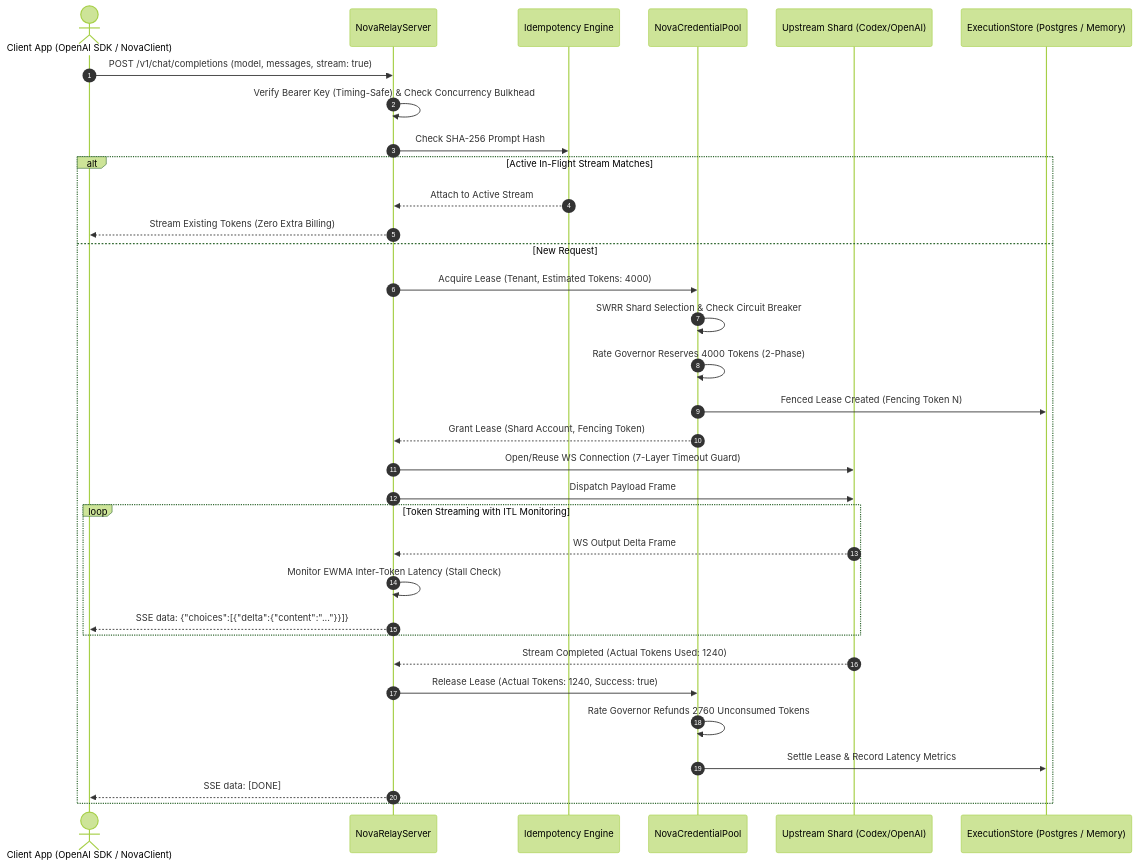
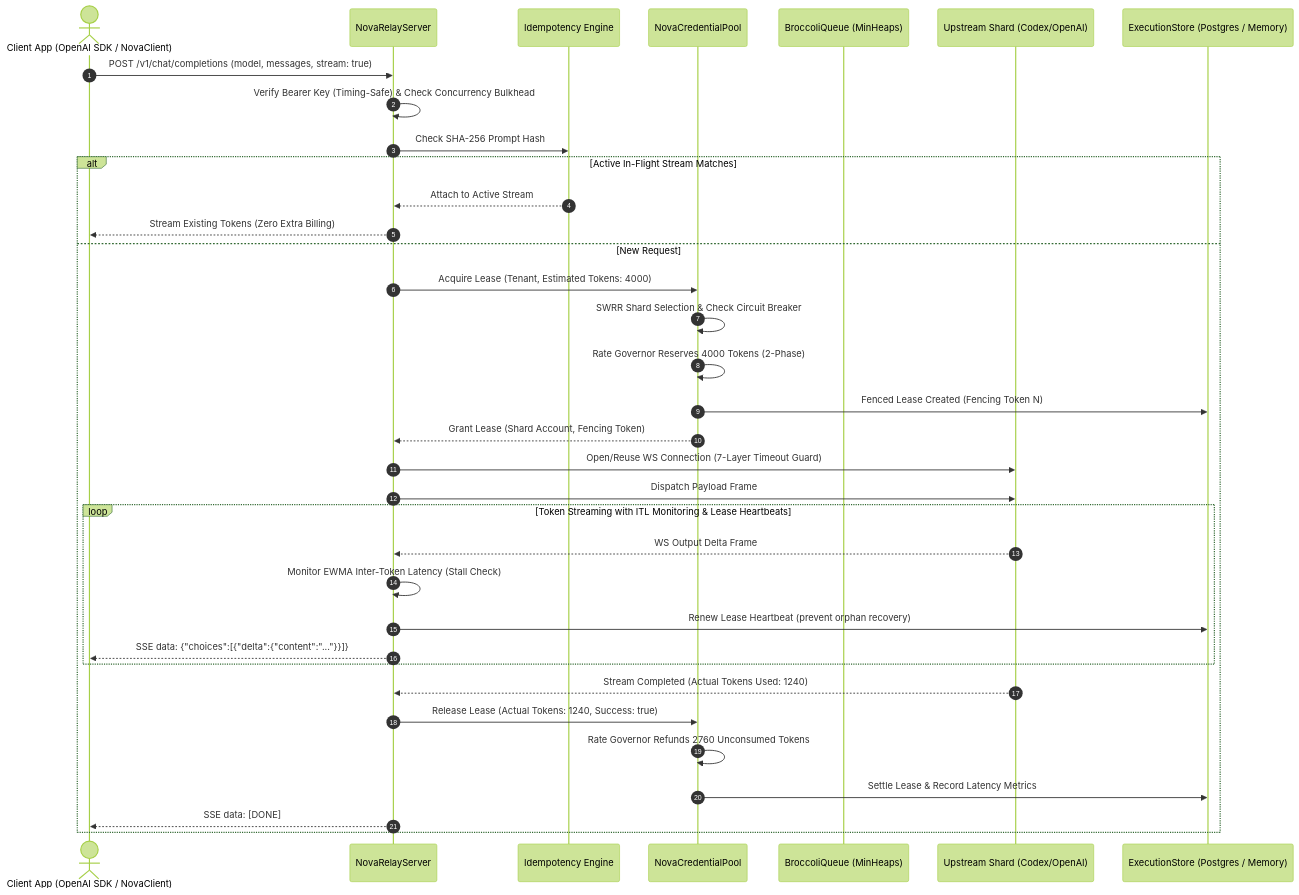
One commit to CardSorting/NOVA-AI changed the diagram in README.md. Above: the diagram before and after it, drawn with Mermaid (forest theme). The commit also changed other lines of this file, not shown here.

````diff
--- a/README.md
+++ b/README.md
@@ -316,39 +346,41 @@
 ```mermaid
 sequenceDiagram
     autonumber
     actor Client as Client App (OpenAI SDK / NovaClient)
     participant Relay as NovaRelayServer
     participant Idemp as Idempotency Engine
     participant Pool as NovaCredentialPool
+    participant Queue as BroccoliQueue (MinHeaps)
     participant Shard as Upstream Shard (Codex/OpenAI)
     participant Store as ExecutionStore (Postgres / Memory)
 
     Client->>Relay: POST /v1/chat/completions (model, messages, stream: true)
     Relay->>Relay: Verify Bearer Key (Timing-Safe) & Check Concurrency Bulkhead
     Relay->>Idemp: Check SHA-256 Prompt Hash
     alt Active In-Flight Stream Matches
         Idemp-->>Relay: Attach to Active Stream
         Relay-->>Client: Stream Existing Tokens (Zero Extra Billing)
     else New Request
         Relay->>Pool: Acquire Lease (Tenant, Estimated Tokens: 4000)
         Pool->>Pool: SWRR Shard Selection & Check Circuit Breaker
         Pool->>Pool: Rate Governor Reserves 4000 Tokens (2-Phase)
         Pool->>Store: Fenced Lease Created (Fencing Token N)
         Pool-->>Relay: Grant Lease (Shard Account, Fencing Token)
         
         Relay->>Shard: Open/Reuse WS Connection (7-Layer Timeout Guard)
         Relay->>Shard: Dispatch Payload Frame
         
-        loop Token Streaming with ITL Monitoring
+        loop Token Streaming with ITL Monitoring & Lease Heartbeats
             Shard-->>Relay: WS Output Delta Frame
             Relay->>Relay: Monitor EWMA Inter-Token Latency (Stall Check)
+            Relay->>Store: Renew Lease Heartbeat (prevent orphan recovery)
             Relay-->>Client: SSE data: {"choices":[{"delta":{"content":"..."}}]}
         end
         
         Shard-->>Relay: Stream Completed (Actual Tokens Used: 1240)
         Relay->>Pool: Release Lease (Actual Tokens: 1240, Success: true)
         Pool->>Pool: Rate Governor Refunds 2760 Unconsumed Tokens
         Pool->>Store: Settle Lease & Record Latency Metrics
         Relay-->>Client: SSE data: [DONE]
     end
 ```
````
